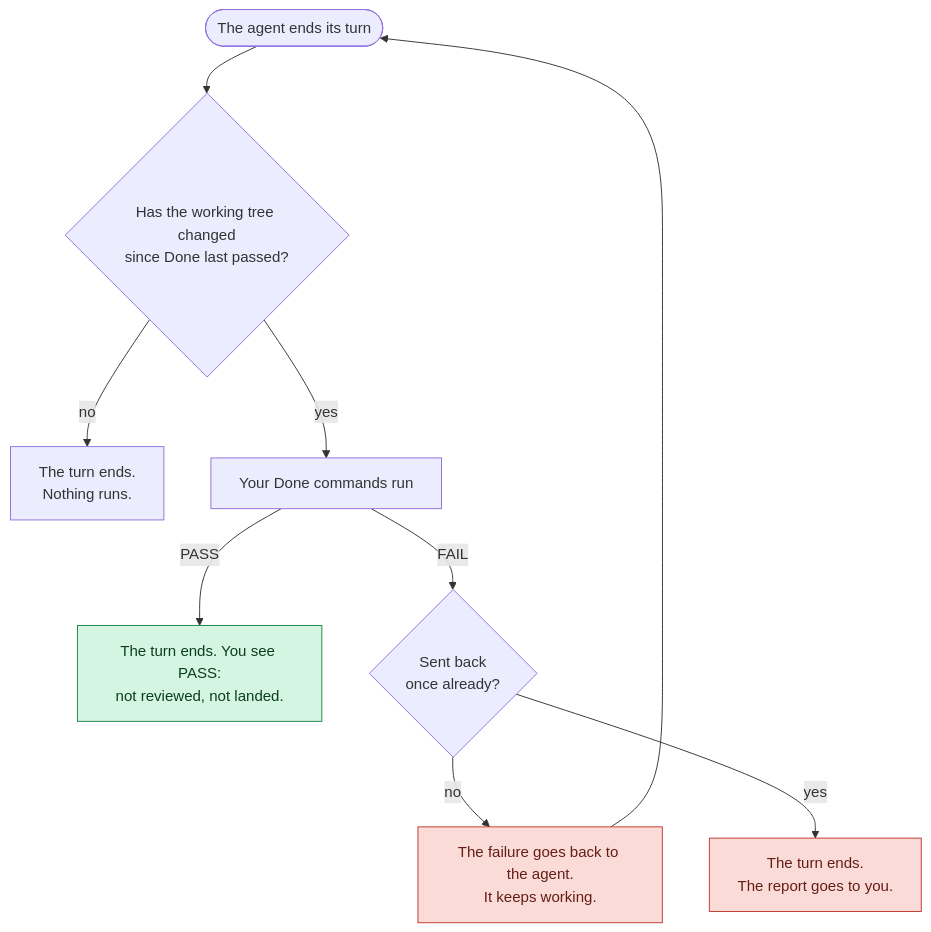
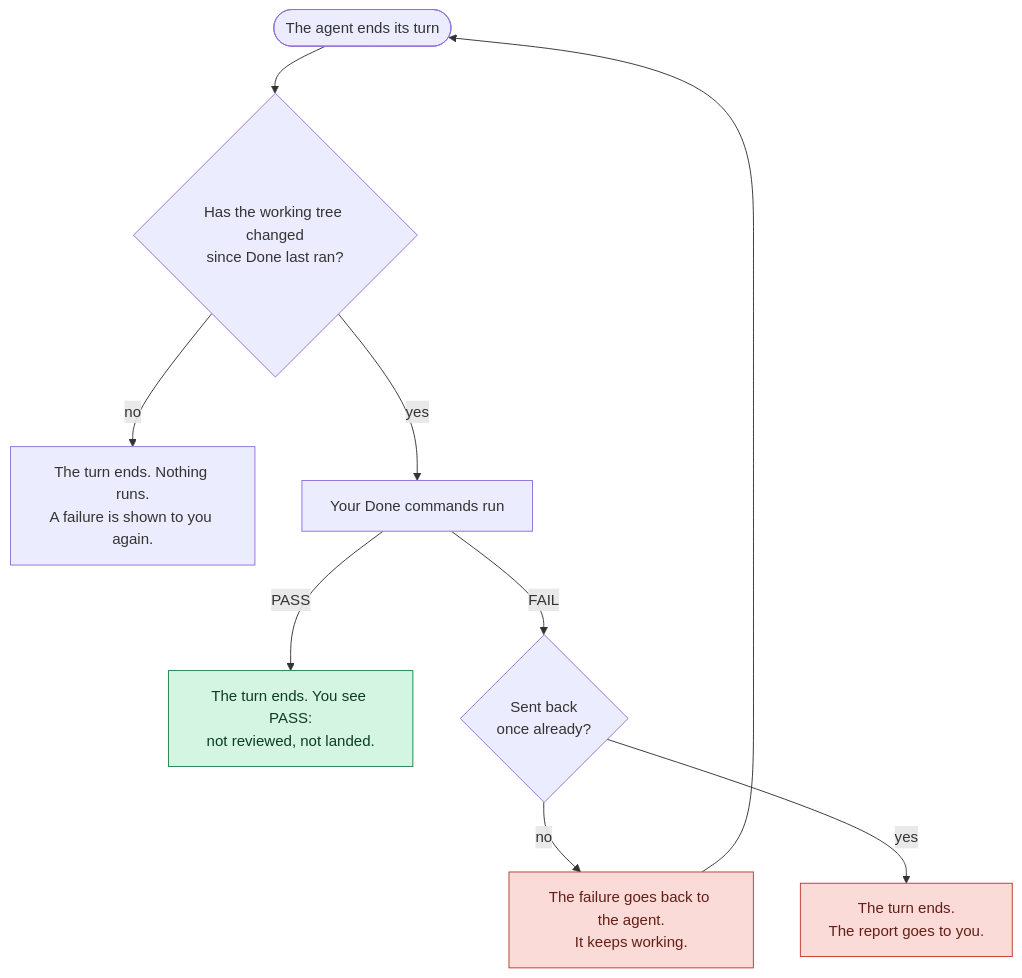
The first of 2 diagrams in README.md (rajasdevel/outcomebound), drawn with Mermaid before and after one commit. The commit also changed other lines of this file and 4 other files, not shown here.

````diff
--- a/README.md
+++ b/README.md
@@ -161,15 +161,15 @@
 ```mermaid
 flowchart TD
-    turn(["The agent ends its turn"]) --> changed{"Has the working tree changed<br/>since Done last passed?"}
-    changed -- no --> idle["The turn ends.<br/>Nothing runs."]
+    turn(["The agent ends its turn"]) --> changed{"Has the working tree changed<br/>since Done last ran?"}
+    changed -- no --> idle["The turn ends. Nothing runs.<br/>A failure is shown to you again."]
     changed -- yes --> cmds["Your Done commands run"]
     cmds -- PASS --> pass["The turn ends. You see PASS:<br/>not reviewed, not landed."]
     cmds -- FAIL --> retry{"Sent back<br/>once already?"}
     retry -- no --> back["The failure goes back to the agent.<br/>It keeps working."]
     back --> turn
     retry -- yes --> report["The turn ends.<br/>The report goes to you."]
     classDef ok fill:#d5f5e3,stroke:#1e8449,color:#0b3d1f
     classDef bad fill:#fadbd8,stroke:#c0392b,color:#641e16
     class pass ok
     class back,report bad
 ```
````
